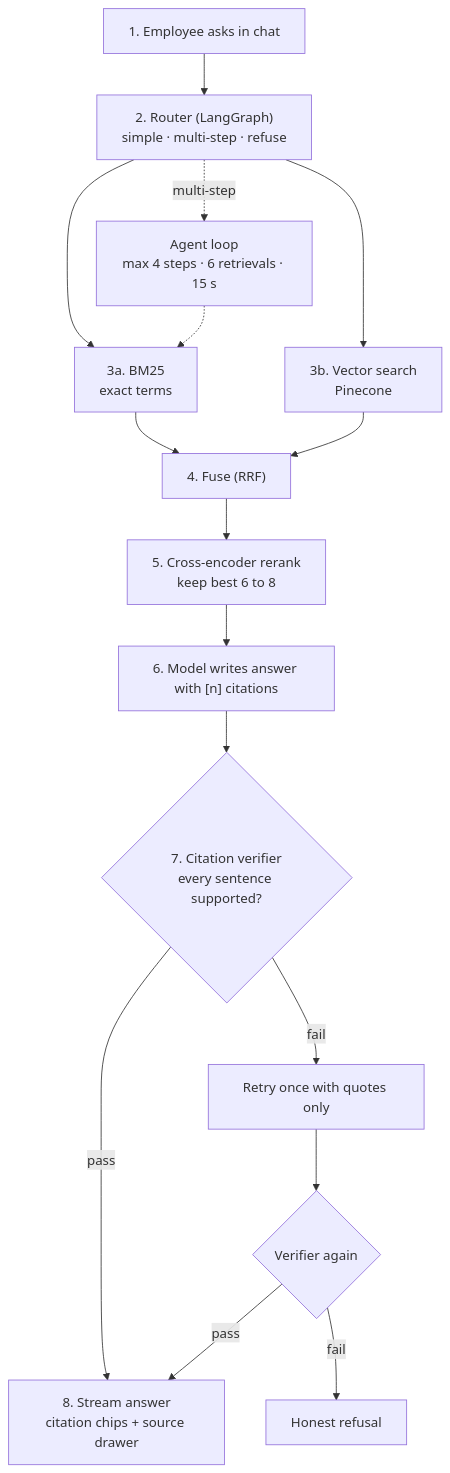
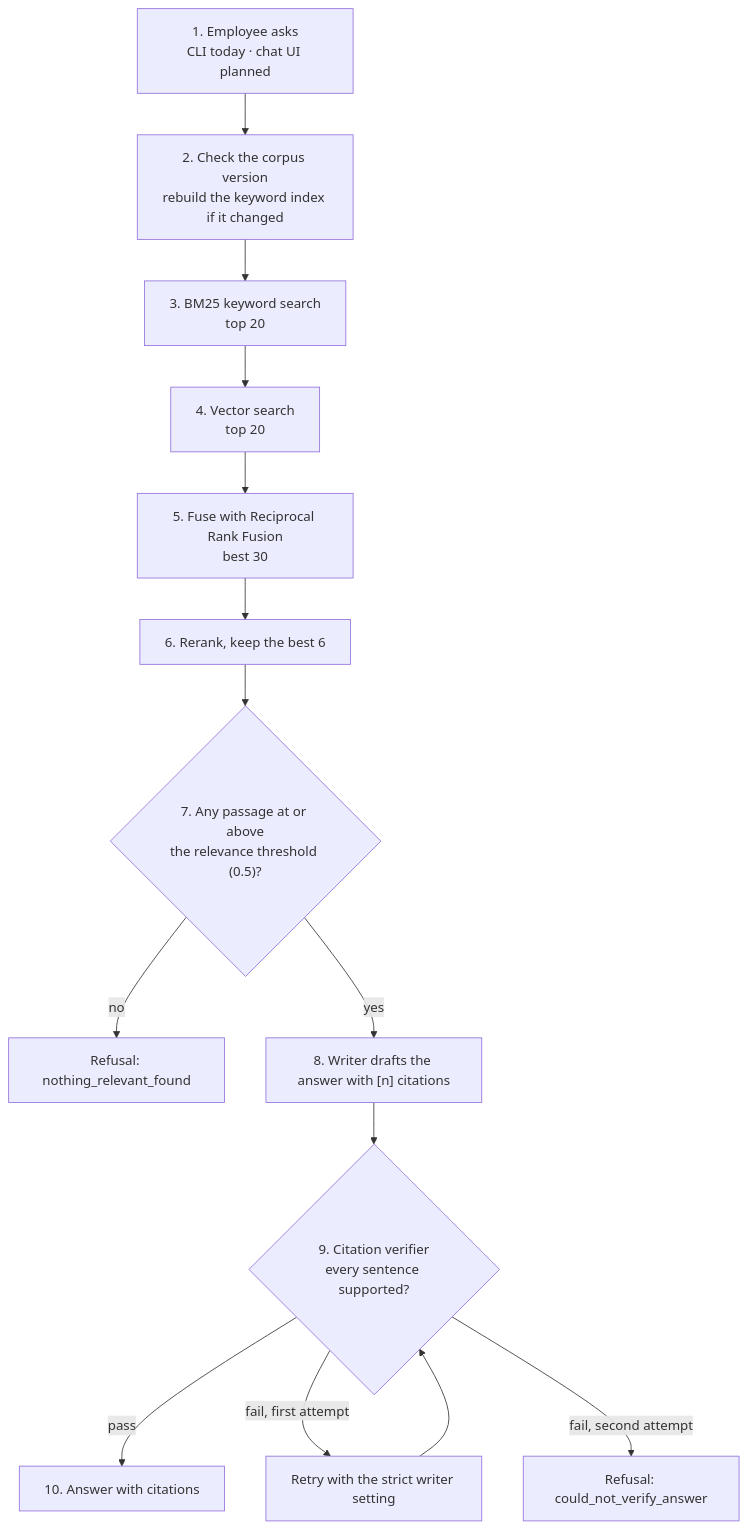
One commit to Tevaalgorithms/cite-desk changed the second of 3 diagrams in docs/architecture/data-flow.md. Above: the diagram before and after it, drawn with Mermaid. The commit also changed other lines of this file and 3 other files, not shown here.

First line of the commit message:
docs: align architecture and sequence diagrams with the implemented code

````diff
--- a/docs/architecture/data-flow.md
+++ b/docs/architecture/data-flow.md
@@ -27,17 +38,16 @@
 ```mermaid
 flowchart TD
-    Q["1. Employee asks in chat"] --> R["2. Router (LangGraph)<br/>simple · multi-step · refuse"]
-    R --> BM["3a. BM25<br/>exact terms"]
-    R --> VS["3b. Vector search<br/>Pinecone"]
-    BM --> F["4. Fuse (RRF)"]
-    VS --> F
-    F --> RR["5. Cross-encoder rerank<br/>keep best 6 to 8"]
-    RR --> G["6. Model writes answer with [n] citations"]
-    G --> V{"7. Citation verifier<br/>every sentence supported?"}
-    V -- pass --> S["8. Stream answer<br/>citation chips + source drawer"]
-    V -- fail --> RT["Retry once with quotes only"]
-    RT --> V2{"Verifier again"}
-    V2 -- pass --> S
-    V2 -- fail --> X["Honest refusal"]
-    R -. multi-step .-> AG["Agent loop<br/>max 4 steps · 6 retrievals · 15 s"] -.-> BM
+    Q["1. Employee asks<br/>CLI today · chat UI planned"] --> V["2. Check the corpus version<br/>rebuild the keyword index if it changed"]
+    V --> BM["3. BM25 keyword search<br/>top 20"]
+    BM --> VS["4. Vector search<br/>top 20"]
+    VS --> F["5. Fuse with Reciprocal Rank Fusion<br/>best 30"]
+    F --> RR["6. Rerank, keep the best 6"]
+    RR --> T{"7. Any passage at or above<br/>the relevance threshold (0.5)?"}
+    T -- no --> R1["Refusal: nothing_relevant_found"]
+    T -- yes --> G["8. Writer drafts the answer with [n] citations"]
+    G --> C{"9. Citation verifier<br/>every sentence supported?"}
+    C -- pass --> S["10. Answer with citations"]
+    C -- "fail, first attempt" --> G2["Retry with the strict writer setting"]
+    G2 --> C
+    C -- "fail, second attempt" --> R2["Refusal: could_not_verify_answer"]
 ```
````
